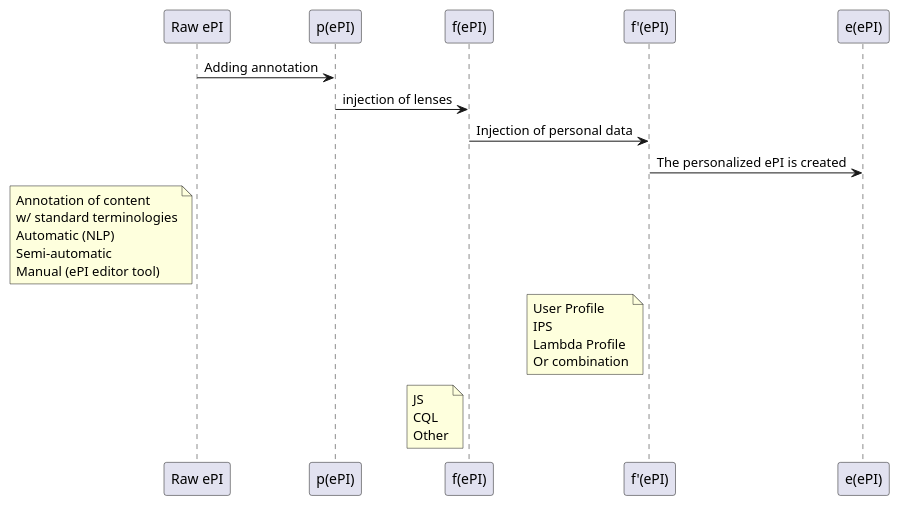
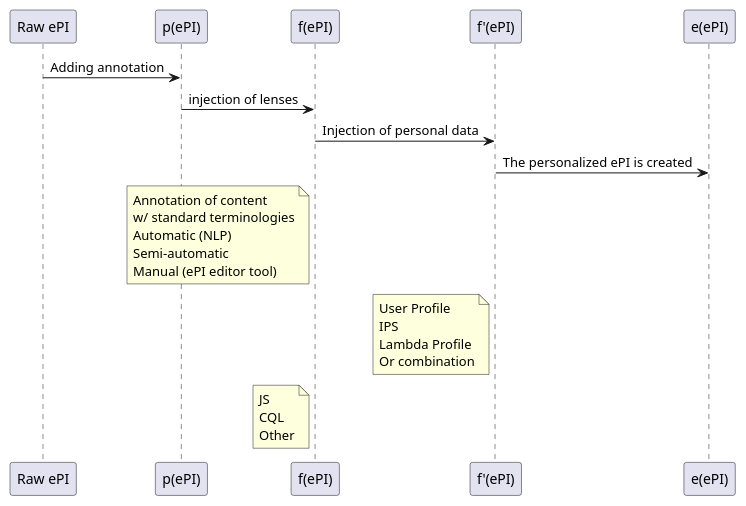
One commit to hl7-eu/gravitate-health changed the diagram in input/images-source/e2e-focusing.plantuml. Above: the diagram before and after it, drawn with PlantUML. The commit also changed 138 other files, not shown here.

```diff
--- a/input/images-source/e2e-focusing.plantuml
+++ b/input/images-source/e2e-focusing.plantuml
@@ -1,19 +1,19 @@
 @startuml 
 
 
 "Raw ePI"-> "p(ePI)": Adding annotation
 
 
 "p(ePI)"->"f(ePI)": injection of lenses
 
 "f(ePI)"->"f'(ePI)": Injection of personal data
 
 "f'(ePI)"->"e(ePI)": The personalized ePI is created
 
-note left of "Raw ePI": Annotation of content \nw/ standard terminologies\nAutomatic (NLP)\nSemi-automatic\nManual (ePI editor tool)
+note left of "f(ePI)": Annotation of content \nw/ standard terminologies\nAutomatic (NLP)\nSemi-automatic\nManual (ePI editor tool)
 
 note left of "f'(ePI)": User Profile\nIPS\nLambda Profile\nOr combination
 
 note left of "f(ePI)": JS\nCQL\nOther
 
 @enduml
```
